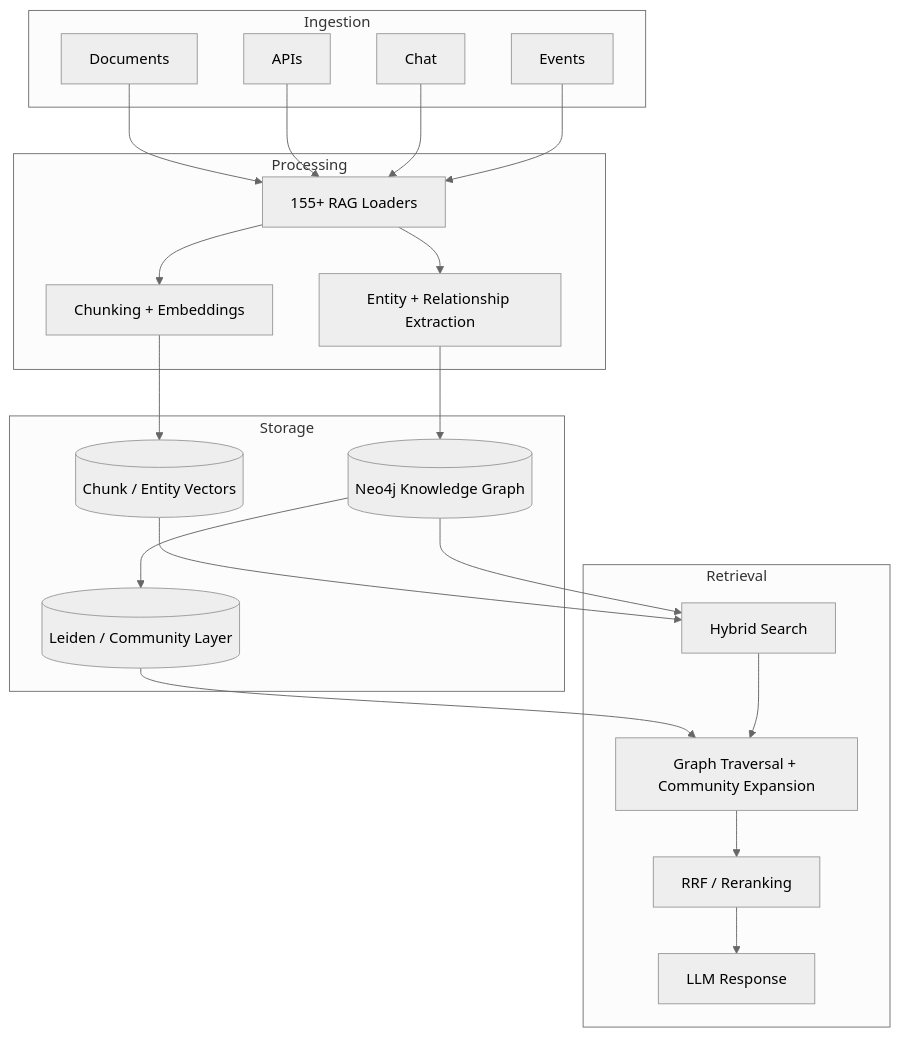
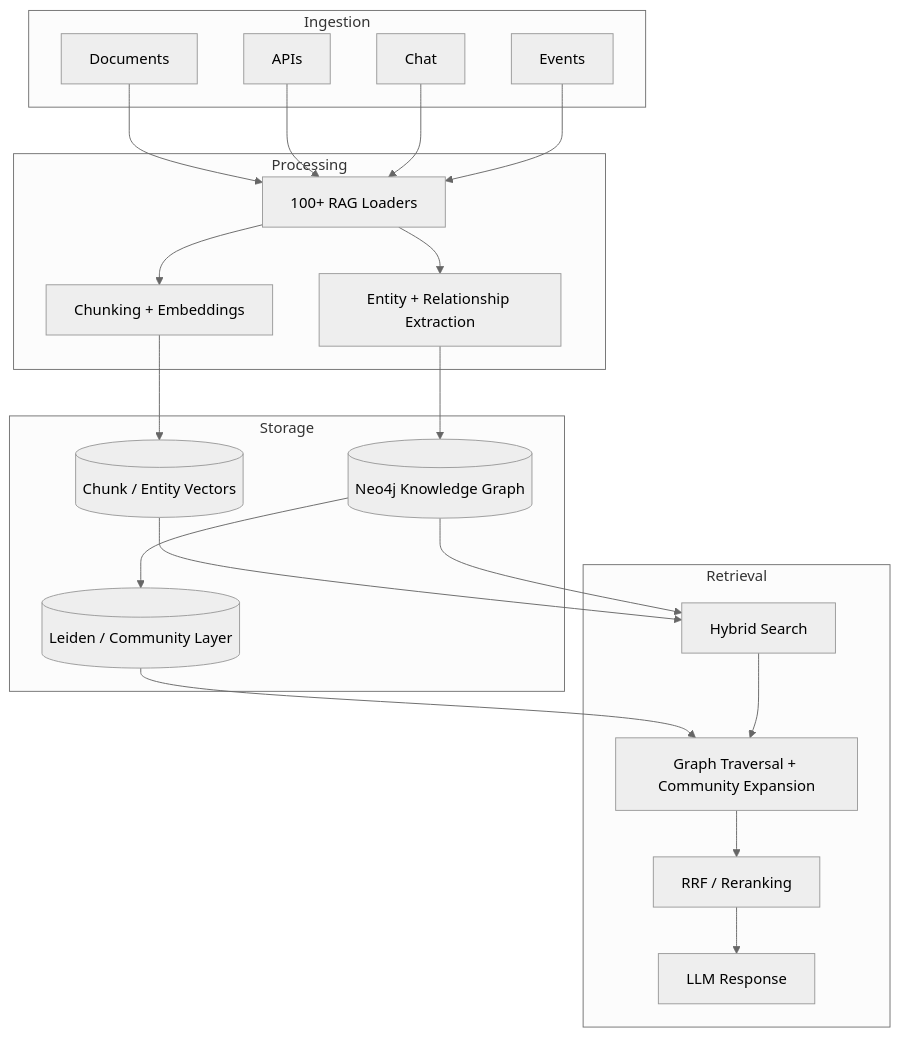
Before and after one commit to joseph-webber/agentic-brain: the first of 5 diagrams in README.md, drawn with Mermaid (neutral theme). The commit also changed other lines of this file and 6847 other files, not shown here.

````diff
--- a/README.md
+++ b/README.md
@@ -928,39 +928,39 @@
 ```mermaid
 flowchart TB
     subgraph Ingestion
         Docs[Documents]
         APIs[APIs]
         Chat[Chat]
         Events[Events]
     end
 
     subgraph Processing
-        Loaders[155+ RAG Loaders]
+        Loaders[100+ RAG Loaders]
         Chunking[Chunking + Embeddings]
         Extract[Entity + Relationship Extraction]
     end
 
     subgraph Storage
         VectorDB[(Chunk / Entity Vectors)]
         GraphDB[(Neo4j Knowledge Graph)]
         Communities[(Leiden / Community Layer)]
     end
 
     subgraph Retrieval
         Hybrid[Hybrid Search]
         Expand[Graph Traversal + Community Expansion]
         Rerank[RRF / Reranking]
         Response[LLM Response]
     end
 
     Docs & APIs & Chat & Events --> Loaders
     Loaders --> Chunking
     Loaders --> Extract
     Chunking --> VectorDB
     Extract --> GraphDB
     GraphDB --> Communities
     VectorDB --> Hybrid
     GraphDB --> Hybrid
     Communities --> Expand
     Hybrid --> Expand --> Rerank --> Response
 ```
````
